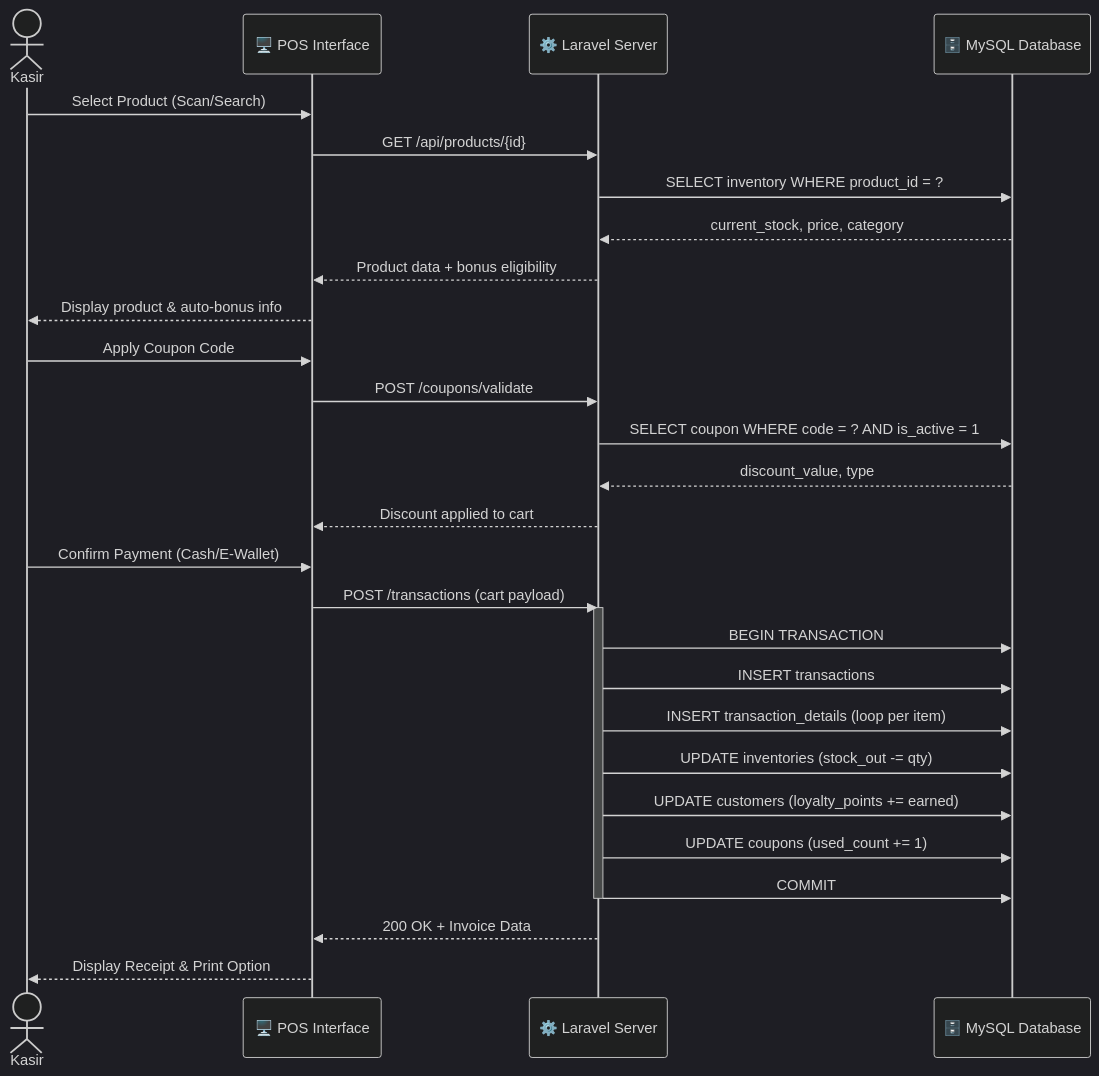
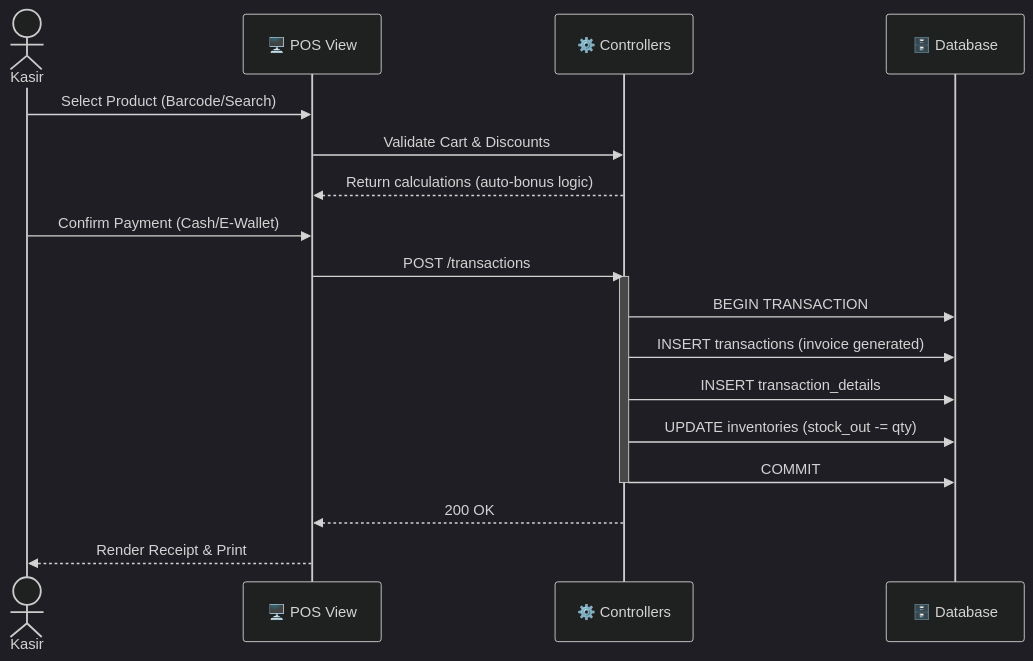
One commit to wi5nuu/asharparfummanagementsystem changed the third of 5 diagrams in README.md. Above: the diagram before and after it, drawn with Mermaid (dark theme). The commit also changed other lines of this file and 38 other files, not shown here.

````diff
--- a/README.md
+++ b/README.md
@@ -185,36 +151,24 @@
 ```mermaid
 sequenceDiagram
     actor Kasir
-    participant POS as 🖥️ POS Interface
-    participant Server as ⚙️ Laravel Server
-    participant DB as 🗄️ MySQL Database
+    participant POS as 🖥️ POS View
+    participant App as ⚙️ Controllers
+    participant DB as 🗄️ Database
 
-    Kasir->>POS: Select Product (Scan/Search)
-    POS->>Server: GET /api/products/{id}
-    Server->>DB: SELECT inventory WHERE product_id = ?
-    DB-->>Server: current_stock, price, category
-    Server-->>POS: Product data + bonus eligibility
-    POS-->>Kasir: Display product & auto-bonus info
+    Kasir->>POS: Select Product (Barcode/Search)
+    POS->>App: Validate Cart & Discounts
+    App-->>POS: Return calculations (auto-bonus logic)
+    Kasir->>POS: Confirm Payment (Cash/E-Wallet)
+    POS->>App: POST /transactions
 
-    Kasir->>POS: Apply Coupon Code
-    POS->>Server: POST /coupons/validate
-    Server->>DB: SELECT coupon WHERE code = ? AND is_active = 1
-    DB-->>Server: discount_value, type
-    Server-->>POS: Discount applied to cart
+    activate App
+    App->>DB: BEGIN TRANSACTION
+    App->>DB: INSERT transactions (invoice generated)
+    App->>DB: INSERT transaction_details
+    App->>DB: UPDATE inventories (stock_out -= qty)
+    App->>DB: COMMIT
+    deactivate App
 
-    Kasir->>POS: Confirm Payment (Cash/E-Wallet)
-    POS->>Server: POST /transactions (cart payload)
-
-    activate Server
-    Server->>DB: BEGIN TRANSACTION
-    Server->>DB: INSERT transactions
-    Server->>DB: INSERT transaction_details (loop per item)
-    Server->>DB: UPDATE inventories (stock_out -= qty)
-    Server->>DB: UPDATE customers (loyalty_points += earned)
-    Server->>DB: UPDATE coupons (used_count += 1)
-    Server->>DB: COMMIT
-    deactivate Server
-
-    Server-->>POS: 200 OK + Invoice Data
-    POS-->>Kasir: Display Receipt & Print Option
+    App-->>POS: 200 OK
+    POS-->>Kasir: Render Receipt & Print
 ```
````
